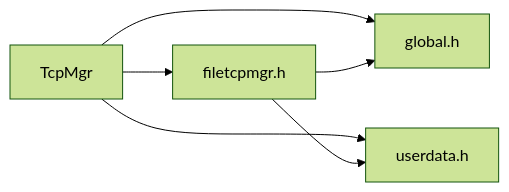
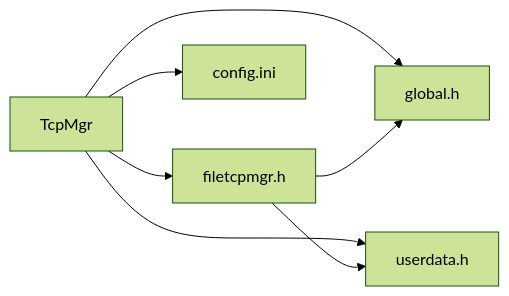
One commit to echo9923/mychatter changed diagram 12 of 12 in .qoder/repowiki/zh/content/客户端开发/网络通信/TCP通信.md. Above: the diagram before and after it, drawn with Mermaid (forest theme). The commit also changed other lines of this file and 54 other files, not shown here.

````diff
--- a/.qoder/repowiki/zh/content/客户端开发/网络通信/TCP通信.md
+++ b/.qoder/repowiki/zh/content/客户端开发/网络通信/TCP通信.md
@@ -355,8 +554,9 @@
 ```mermaid
 graph LR
 TcpMgr["TcpMgr"] --> Global["global.h"]
 TcpMgr --> UserData["userdata.h"]
 TcpMgr --> FileTcpMgr["filetcpmgr.h"]
+TcpMgr --> Config["config.ini"]
 FileTcpMgr --> Global
 FileTcpMgr --> UserData
 ```
````
